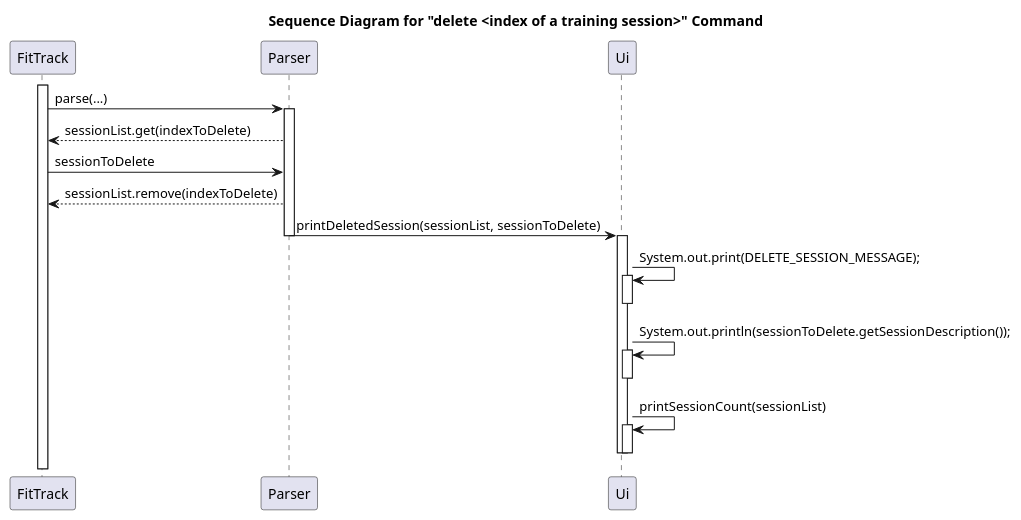
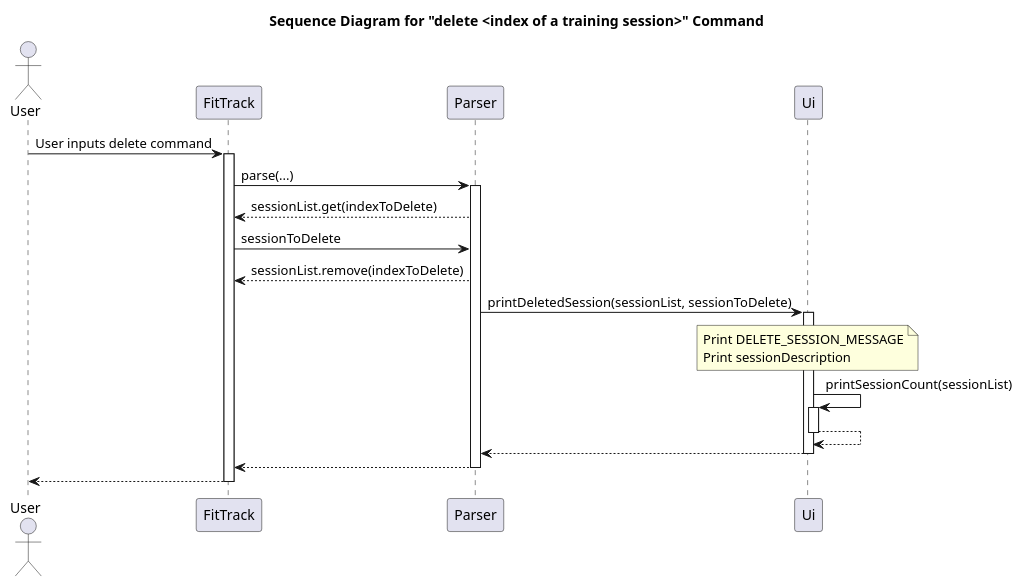
The diagram in docs/Diagrams/Sequence_DeleteTrainingSession.puml (nus-cs2113-AY2425S1/tp), drawn with PlantUML before and after one commit. The commit also changed 22 other files, not shown here.

```diff
--- a/docs/Diagrams/Sequence_DeleteTrainingSession.puml
+++ b/docs/Diagrams/Sequence_DeleteTrainingSession.puml
@@ -1,34 +1,38 @@
 @startuml
 title Sequence Diagram for "delete <index of a training session>" Command
 
+actor User
 participant FitTrack
 participant Parser
 participant Ui
 
-
+User -> FitTrack: User inputs delete command
 activate FitTrack
 FitTrack -> Parser: parse(...)
 activate Parser
 
 Parser --> FitTrack: sessionList.get(indexToDelete)
 
 FitTrack -> Parser: sessionToDelete
 
 Parser --> FitTrack: sessionList.remove(indexToDelete)
 
 Parser -> Ui: printDeletedSession(sessionList, sessionToDelete)
-deactivate Parser
 activate Ui
 
-Ui -> Ui: System.out.print(DELETE_SESSION_MESSAGE);
-activate Ui
-deactivate Ui
-Ui -> Ui: System.out.println(sessionToDelete.getSessionDescription());
-activate Ui
-deactivate Ui
+note over Ui
+    Print DELETE_SESSION_MESSAGE
+    Print sessionDescription
+end note
 Ui -> Ui: printSessionCount(sessionList)
 activate Ui
+Ui --> Ui
 deactivate Ui
+Ui --> Parser
 deactivate Ui
+Parser --> FitTrack
+deactivate Parser
+FitTrack --> User
+deactivate FitTrack
 
 @enduml
```
